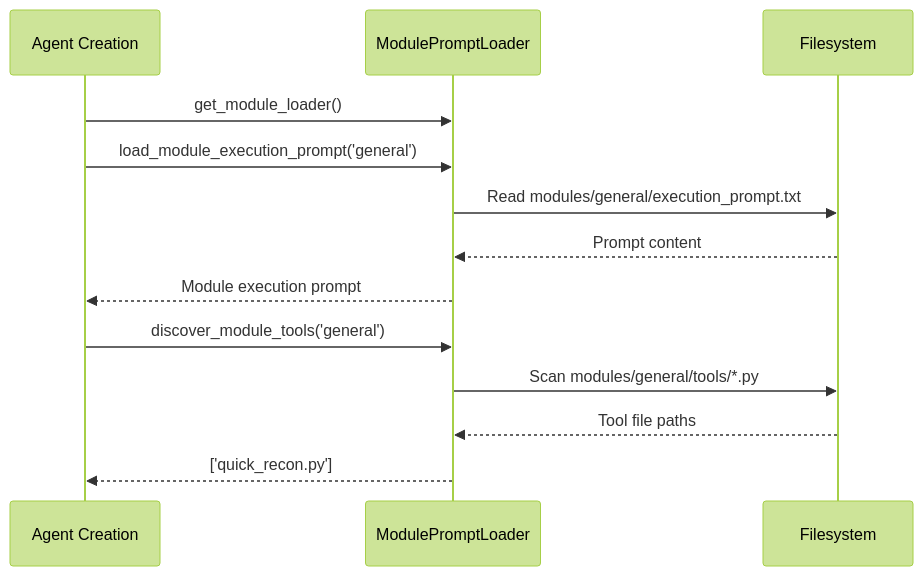
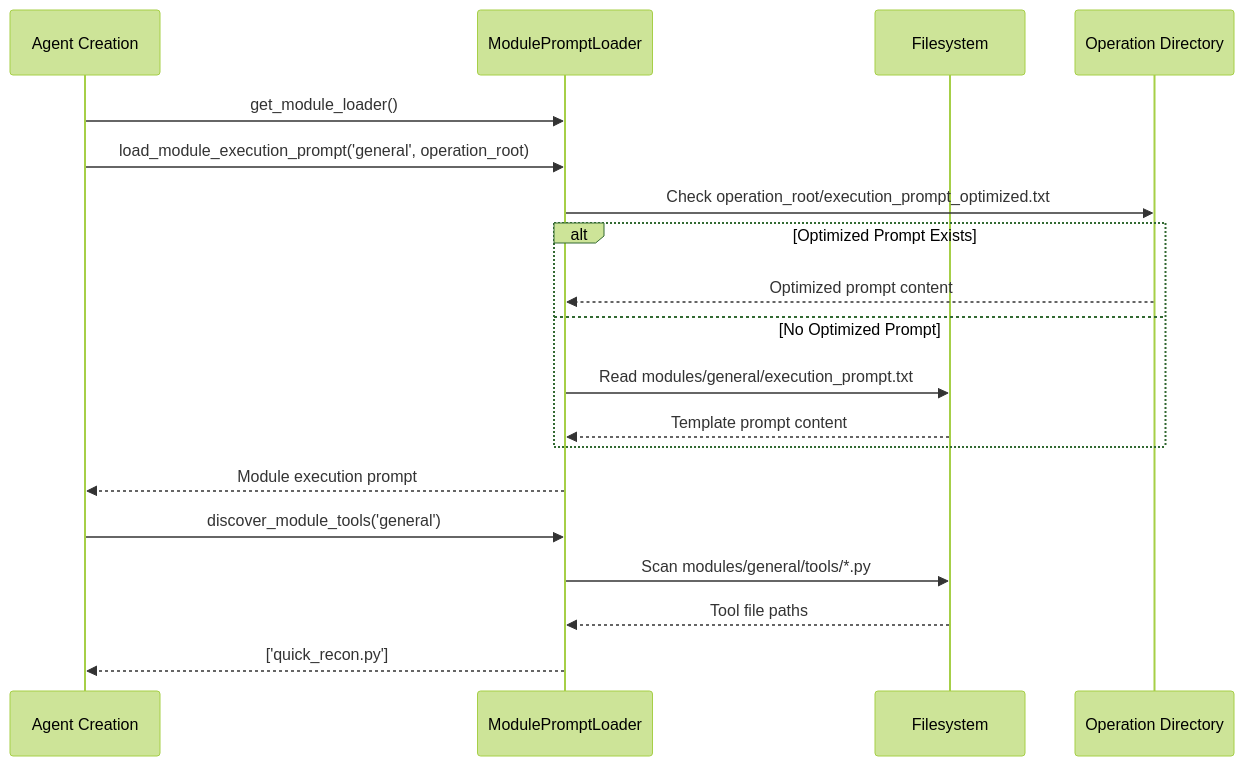
One commit to westonbrown/Cyber-AutoAgent changed the second of 5 diagrams in docs/prompt_management.md. Above: the diagram before and after it, drawn with Mermaid (forest theme). The commit also changed other lines of this file and 10 other files, not shown here.

````diff
--- a/docs/prompt_management.md
+++ b/docs/prompt_management.md
@@ -87,17 +104,23 @@
 ```mermaid
 sequenceDiagram
     participant A as Agent Creation
     participant L as ModulePromptLoader
     participant F as Filesystem
-    
+    participant P as Operation Directory
+
     A->>L: get_module_loader()
-    A->>L: load_module_execution_prompt('general')
-    L->>F: Read modules/general/execution_prompt.txt
-    F-->>L: Prompt content
+    A->>L: load_module_execution_prompt('general', operation_root)
+    L->>P: Check operation_root/execution_prompt_optimized.txt
+    alt Optimized Prompt Exists
+        P-->>L: Optimized prompt content
+    else No Optimized Prompt
+        L->>F: Read modules/general/execution_prompt.txt
+        F-->>L: Template prompt content
+    end
     L-->>A: Module execution prompt
-    
+
     A->>L: discover_module_tools('general')
     L->>F: Scan modules/general/tools/*.py
     F-->>L: Tool file paths
     L-->>A: ['quick_recon.py']
 ```
````
